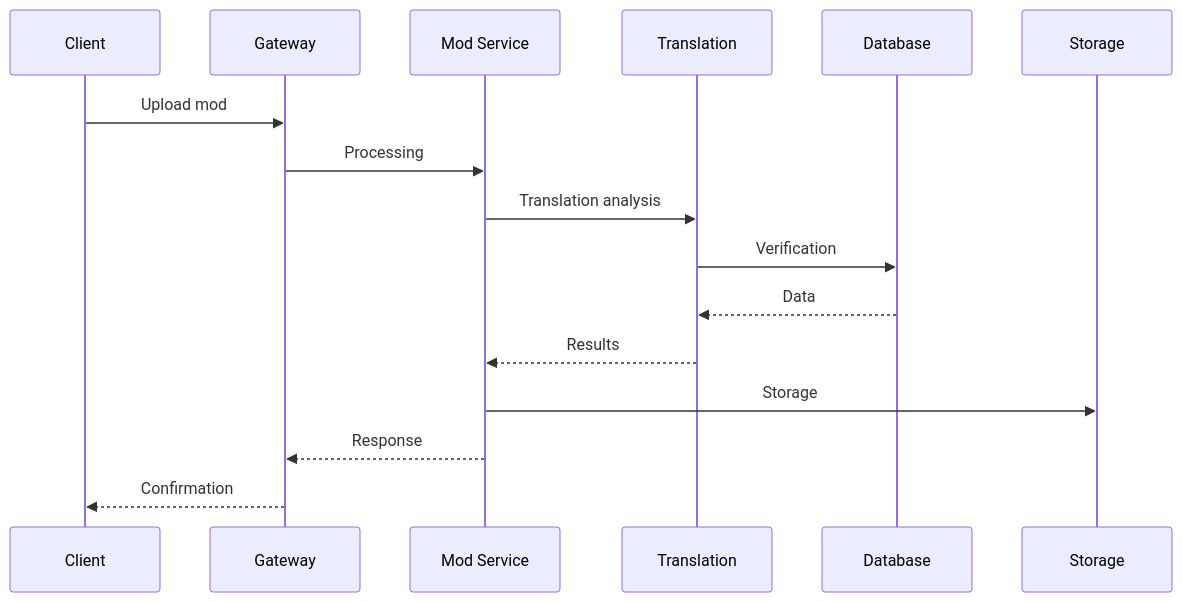
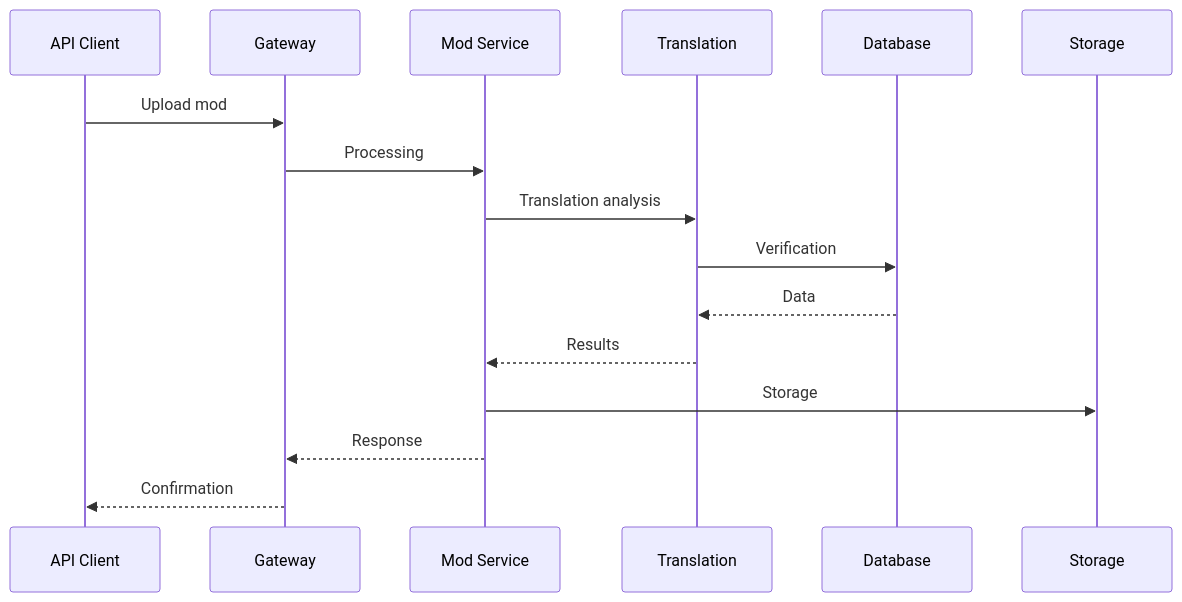
Before and after one commit to Lukianos76/project_babel: the fourth of 4 diagrams in docs/architecture/system-architecture.md, drawn with Mermaid. The commit also changed other lines of this file and 7 other files, not shown here.

````diff
--- a/docs/architecture/system-architecture.md
+++ b/docs/architecture/system-architecture.md
@@ -173,19 +162,19 @@
 ```mermaid
 sequenceDiagram
-    participant C as Client
+    participant C as API Client
     participant G as Gateway
     participant M as Mod Service
     participant T as Translation
     participant D as Database
     participant S as Storage
 
     C->>G: Upload mod
     G->>M: Processing
     M->>T: Translation analysis
     T->>D: Verification
     D-->>T: Data
     T-->>M: Results
     M->>S: Storage
     M-->>G: Response
     G-->>C: Confirmation
 ```
````
